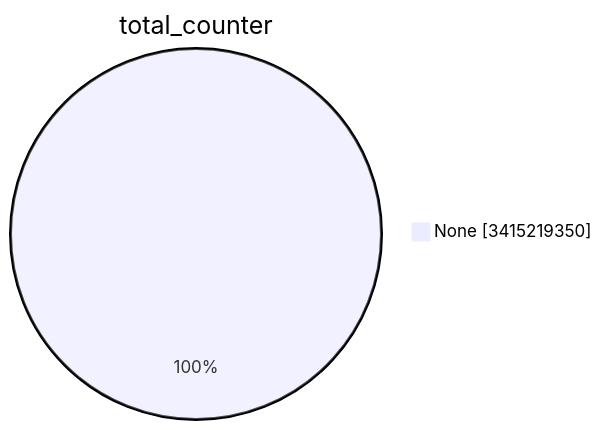
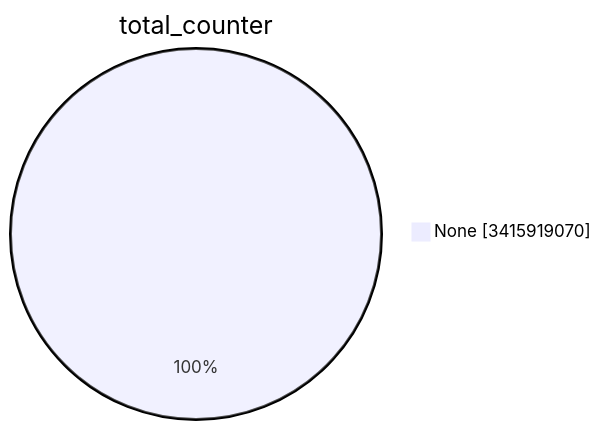
The first of 15 diagrams in TOTAL/README.md (christiankrug/ctmonitor_visualization), drawn with Mermaid before and after one commit. The commit also changed other lines of this file, not shown here.

````diff
--- a/TOTAL/README.md
+++ b/TOTAL/README.md
@@ -1,5 +1,5 @@
 ```mermaid
 pie showData
 title total_counter
-"None" :3415219350
+"None" :3415919070
 ```
````
